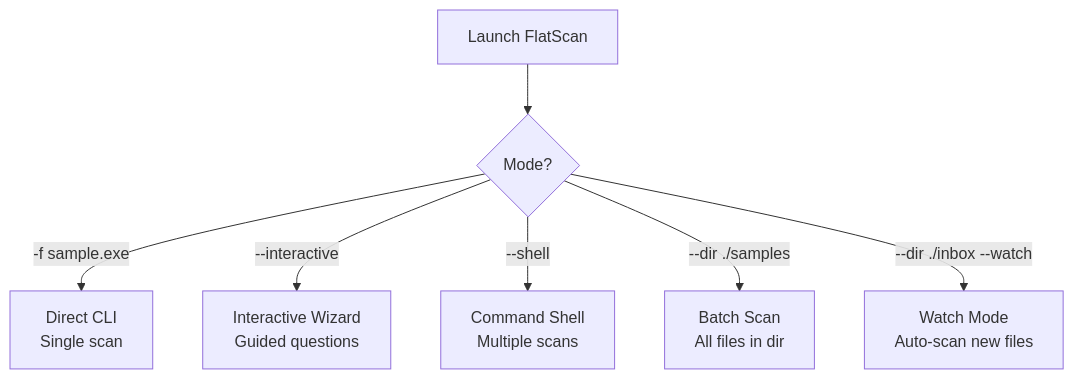
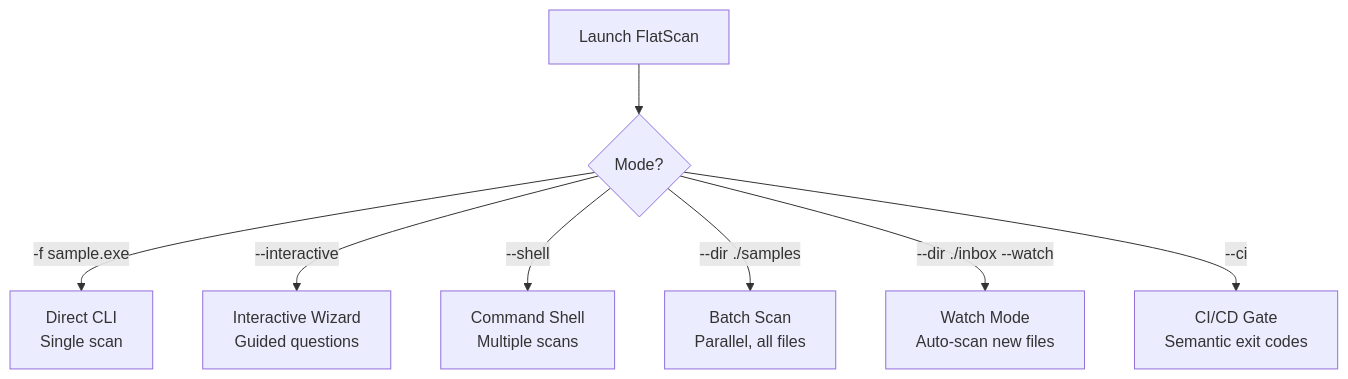
Before and after one commit to Masriyan/FlatScan: the second of 7 diagrams in usage.md, drawn with Mermaid. The commit also changed other lines of this file and 20 other files, not shown here.

````diff
--- a/usage.md
+++ b/usage.md
@@ -130,9 +160,10 @@
 ```mermaid
 graph TD
     A[Launch FlatScan] --> B{Mode?}
     B -->|"-f sample.exe"| C["Direct CLI<br/>Single scan"]
     B -->|"--interactive"| D["Interactive Wizard<br/>Guided questions"]
     B -->|"--shell"| E["Command Shell<br/>Multiple scans"]
-    B -->|"--dir ./samples"| F["Batch Scan<br/>All files in dir"]
+    B -->|"--dir ./samples"| F["Batch Scan<br/>Parallel, all files"]
     B -->|"--dir ./inbox --watch"| G["Watch Mode<br/>Auto-scan new files"]
+    B -->|"--ci"| H["CI/CD Gate<br/>Semantic exit codes"]
 ```
````
